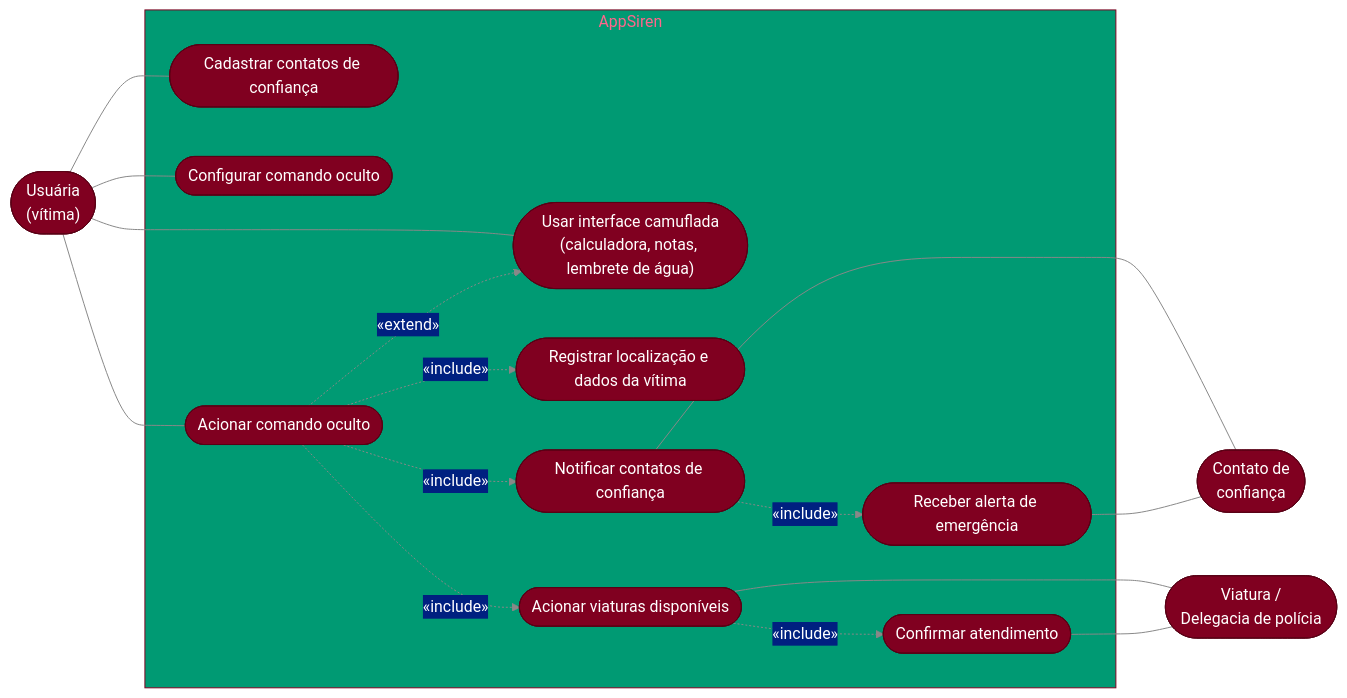
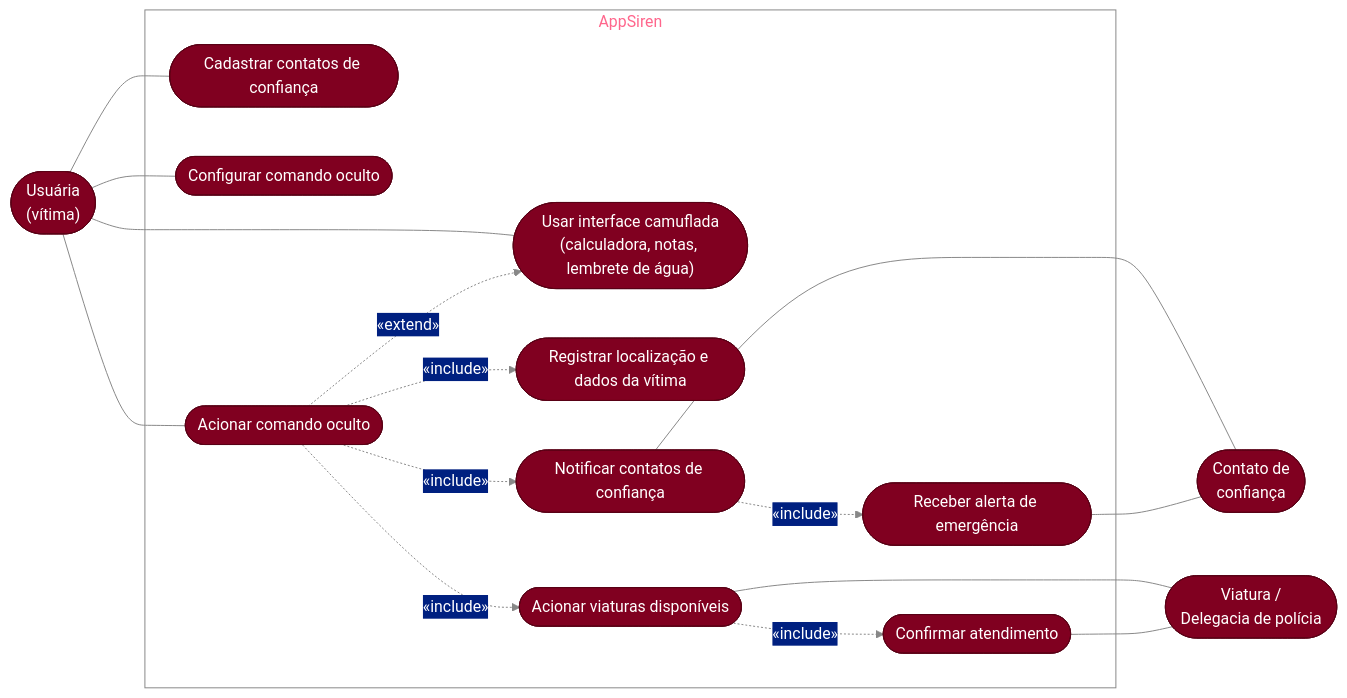
Before and after one commit to ProAtom10/Siren: the diagram in documentacao/diagramas.md, drawn with Mermaid.

Commit message:
Modify Mermaid diagram theme variables
Updated theme variables in the Mermaid diagram for better visualization.

````diff
--- a/documentacao/diagramas.md
+++ b/documentacao/diagramas.md
@@ -1,36 +1,36 @@
 ```mermaid
-%%{init: {'theme':'base','themeVariables':{'primaryColor':'#800020','primaryTextColor':'#FFFFFF','primaryBorderColor':'#5A0016','lineColor':'#888888','clusterBorder':'#800020'}}}%%
+%%{init: {'theme':'base','themeVariables':{'primaryColor':'#800020','primaryTextColor':'#FFFFFF','primaryBorderColor':'#5A0016','lineColor':'#888888','clusterBkg':'transparent','clusterBorder':'#888888'}}}%%
 flowchart LR
     Usuaria(["Usuária<br/>(vítima)"])
     Contato(["Contato de<br/>confiança"])
     Viatura(["Viatura /<br/>Delegacia de polícia"])
 
     subgraph Sistema["AppSiren"]
         UC1(["Usar interface camuflada<br/>(calculadora, notas, lembrete de água)"])
         UC2(["Cadastrar contatos de confiança"])
         UC3(["Configurar comando oculto"])
         UC4(["Acionar comando oculto"])
         UC5(["Registrar localização e dados da vítima"])
         UC6(["Notificar contatos de confiança"])
         UC7(["Acionar viaturas disponíveis"])
         UC8(["Receber alerta de emergência"])
         UC9(["Confirmar atendimento"])
     end
 
     Usuaria --- UC1
     Usuaria --- UC2
     Usuaria --- UC3
     Usuaria --- UC4
 
     UC4 -. "«include»" .-> UC5
     UC4 -. "«include»" .-> UC6
     UC4 -. "«include»" .-> UC7
     UC4 -. "«extend»" .-> UC1
 
     UC6 --- Contato
     UC8 --- Contato
     UC7 --- Viatura
     UC9 --- Viatura
     UC6 -. "«include»" .-> UC8
     UC7 -. "«include»" .-> UC9
 ```
````
